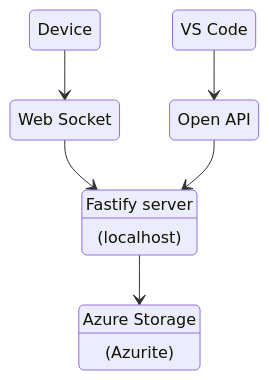
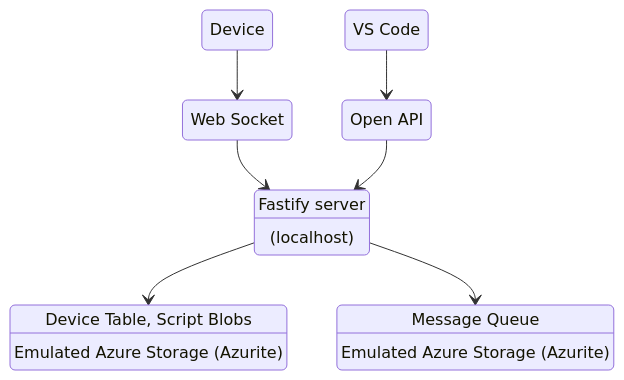
The first of 2 diagrams in website/docs/developer/cloud/gateway.mdx (microsoft/devicescript), drawn with Mermaid before and after one commit. The commit also changed other lines of this file, not shown here.

````diff
--- a/website/docs/developer/cloud/gateway.mdx
+++ b/website/docs/developer/cloud/gateway.mdx
@@ -55,18 +57,21 @@
 ```mermaid
 stateDiagram-v2
     web: Fastify server
     web: (localhost)
     dev: Device
     wssk: Web Socket
     openapi: Open API
     vscode: VS Code
-    storage: Azure Storage
-    storage: (Azurite)
+    storage: Device Table, Script Blobs
+    storage: Emulated Azure Storage (Azurite)
+    messages: Message Queue
+    messages: Emulated Azure Storage (Azurite)
 
     dev --> wssk
     wssk --> web
     openapi --> web
     web --> storage
+    web --> messages
     vscode --> openapi
 
 ```
````
